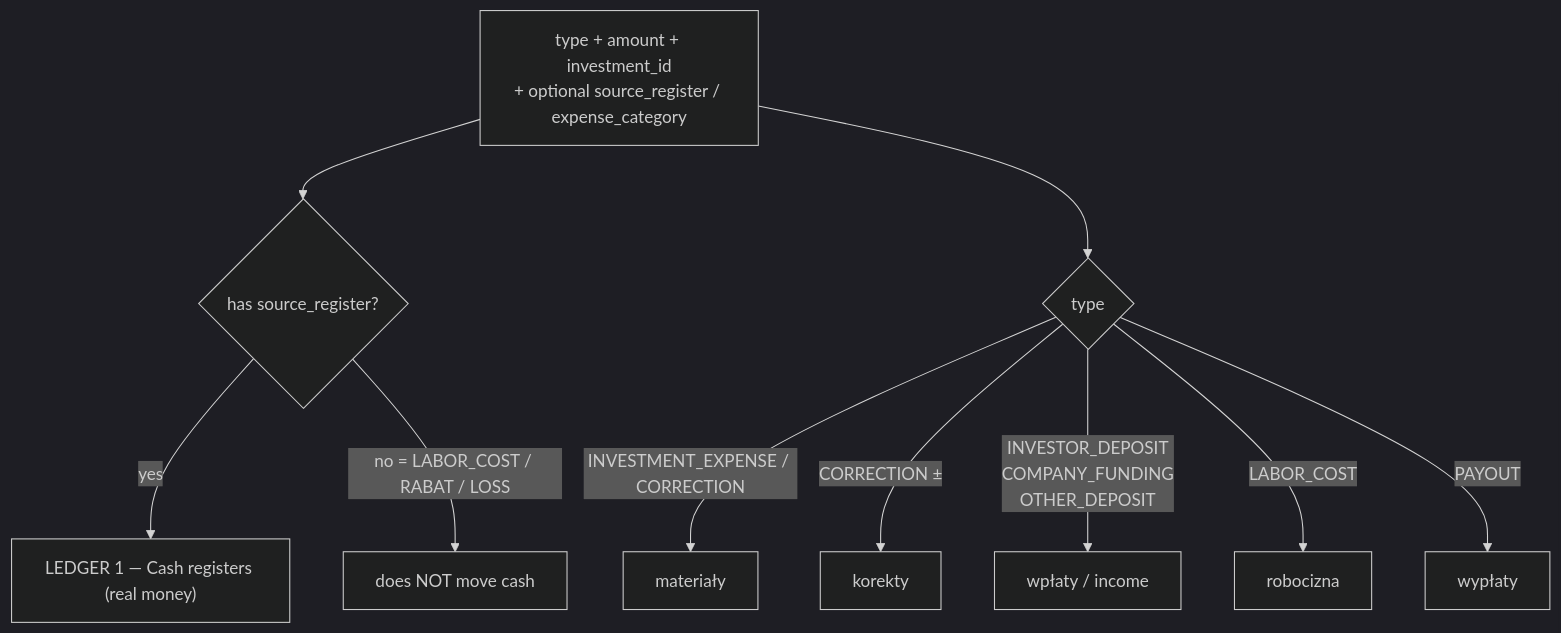
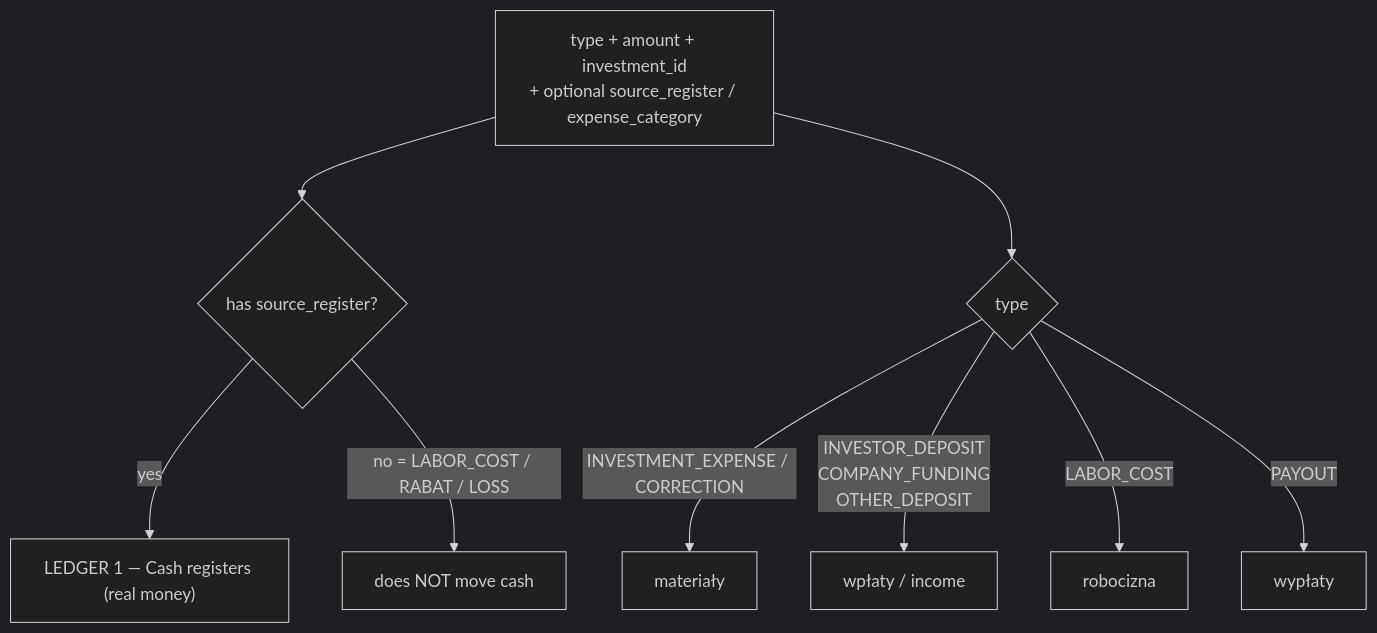
The diagram in context/foundation/investment-financials-and-discount.md (eggplantdev/wykonczymy_automation), drawn with Mermaid (dark theme) before and after one commit. The commit also changed other lines of this file and 15 other files, not shown here.

````diff
--- a/context/foundation/investment-financials-and-discount.md
+++ b/context/foundation/investment-financials-and-discount.md
@@ -68,14 +68,13 @@
 ```mermaid
 flowchart TD
     T[type + amount + investment_id<br/>+ optional source_register / expense_category]
     T --> CASH{has source_register?}
     CASH -->|yes| LEDGER1["LEDGER 1 — Cash registers (real money)"]
     CASH -->|no = LABOR_COST / RABAT / LOSS| SKIP1["does NOT move cash"]
 
     T --> ROUTE{type}
     ROUTE -->|INVESTMENT_EXPENSE / CORRECTION| MAT[materiały]
-    ROUTE -->|CORRECTION ±| KOR[korekty]
     ROUTE -->|INVESTOR_DEPOSIT<br/>COMPANY_FUNDING<br/>OTHER_DEPOSIT| INC[wpłaty / income]
     ROUTE -->|LABOR_COST| ROB[robocizna]
     ROUTE -->|PAYOUT| PAY[wypłaty]
 ```
````
